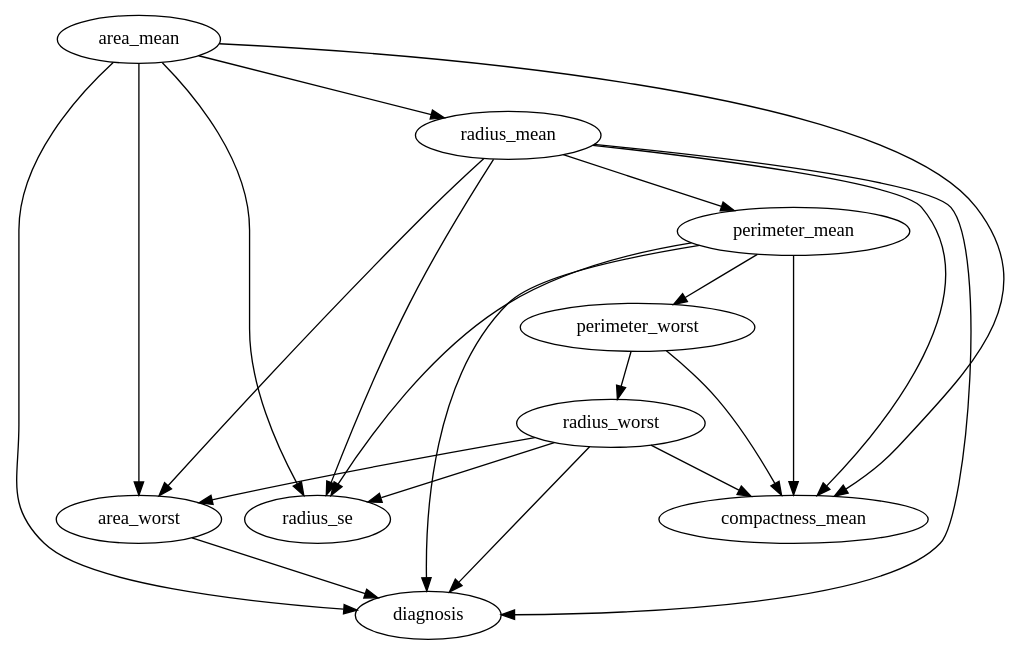
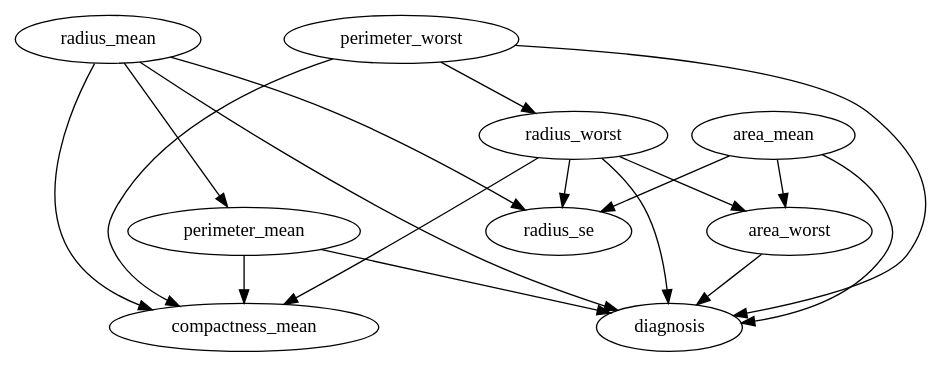
The diagram in models/1_causal_graph_with_fourty_pct_norm_with_subset.dot (Hen0k/causal-inference), drawn with Graphviz before and after one commit. The commit also changed 19 other files, not shown here.

```diff
--- a/models/1_causal_graph_with_fourty_pct_norm_with_subset.dot
+++ b/models/1_causal_graph_with_fourty_pct_norm_with_subset.dot
@@ -1,32 +1,28 @@
 strict digraph  {
 diagnosis;
 perimeter_mean;
 radius_mean;
 area_mean;
 compactness_mean;
 radius_worst;
 area_worst;
 perimeter_worst;
 radius_se;
-perimeter_mean -> diagnosis  [origin=learned, weight="3.75185071706962"];
-perimeter_mean -> compactness_mean  [origin=learned, weight="13.643698025471164"];
-perimeter_mean -> perimeter_worst  [origin=learned, weight="0.8169300636831295"];
-perimeter_mean -> radius_se  [origin=learned, weight="0.9948645635096728"];
-radius_mean -> diagnosis  [origin=learned, weight="-5.234453792789818"];
-radius_mean -> perimeter_mean  [origin=learned, weight="0.8114378114874541"];
-radius_mean -> compactness_mean  [origin=learned, weight="-12.732551936800496"];
-radius_mean -> area_worst  [origin=learned, weight="-1.089888335350981"];
-radius_mean -> radius_se  [origin=learned, weight="-3.0674804989203093"];
-area_mean -> diagnosis  [origin=learned, weight="1.0270376159066654"];
-area_mean -> radius_mean  [origin=learned, weight="0.9913885387886192"];
-area_mean -> compactness_mean  [origin=learned, weight="-0.8491633853324387"];
-area_mean -> area_worst  [origin=learned, weight="1.084027338212527"];
-area_mean -> radius_se  [origin=learned, weight="1.433600813626202"];
-radius_worst -> diagnosis  [origin=learned, weight="3.8498390861877385"];
-radius_worst -> compactness_mean  [origin=learned, weight="2.378817980760948"];
-radius_worst -> area_worst  [origin=learned, weight="1.1688053455875724"];
-radius_worst -> radius_se  [origin=learned, weight="1.8912986342872802"];
-area_worst -> diagnosis  [origin=learned, weight="-1.976034474979807"];
-perimeter_worst -> compactness_mean  [origin=learned, weight="-1.6375679253543358"];
-perimeter_worst -> radius_worst  [origin=learned, weight="0.8247779607165625"];
+perimeter_mean -> diagnosis  [origin=learned, weight="3.6207436898862713"];
+perimeter_mean -> compactness_mean  [origin=learned, weight="14.035402605026857"];
+radius_mean -> diagnosis  [origin=learned, weight="-6.316224209344669"];
+radius_mean -> perimeter_mean  [origin=learned, weight="0.8619525042322794"];
+radius_mean -> compactness_mean  [origin=learned, weight="-13.66090995885549"];
+radius_mean -> radius_se  [origin=learned, weight="-3.8566829840018344"];
+area_mean -> diagnosis  [origin=learned, weight="1.7280769346925975"];
+area_mean -> area_worst  [origin=learned, weight="0.9785117426019935"];
+area_mean -> radius_se  [origin=learned, weight="3.5673092569480365"];
+radius_worst -> diagnosis  [origin=learned, weight="5.689515932704827"];
+radius_worst -> compactness_mean  [origin=learned, weight="2.4090852166066754"];
+radius_worst -> area_worst  [origin=learned, weight="0.9978807296049231"];
+radius_worst -> radius_se  [origin=learned, weight="1.4278743171353074"];
+area_worst -> diagnosis  [origin=learned, weight="-2.9202736856877447"];
+perimeter_worst -> diagnosis  [origin=learned, weight="-1.0847241008642041"];
+perimeter_worst -> compactness_mean  [origin=learned, weight="-1.111871012701893"];
+perimeter_worst -> radius_worst  [origin=learned, weight="0.9820097988260963"];
 }
```
